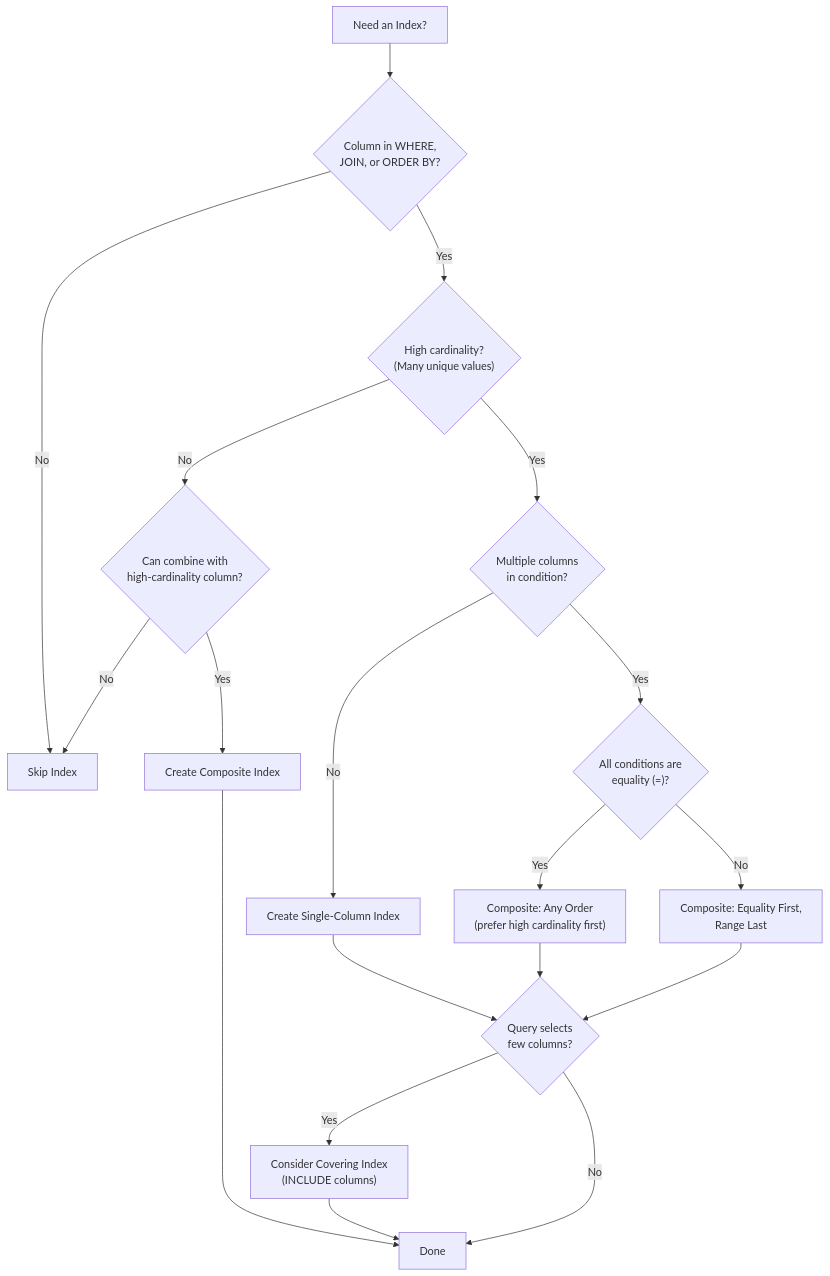
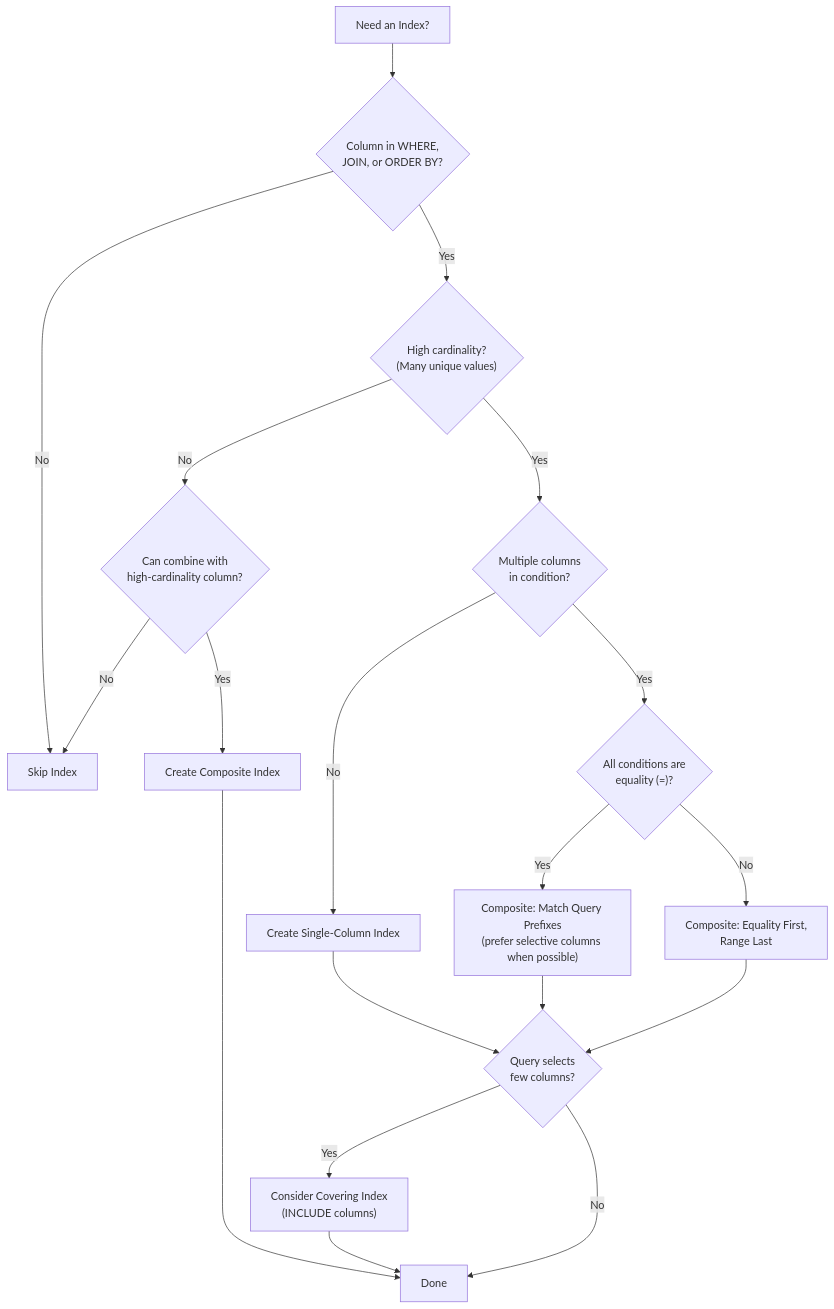
The fifth of 5 diagrams in posts/2026-01-30-btree-index-design/README.md (OneUptime/blog), drawn with Mermaid before and after one commit. The commit also changed other lines of this file and 2 other files, not shown here.

````diff
--- a/posts/2026-01-30-btree-index-design/README.md
+++ b/posts/2026-01-30-btree-index-design/README.md
@@ -455,29 +460,29 @@
 ```mermaid
 flowchart TD
     Start["Need an Index?"] --> Q1{"Column in WHERE,<br/>JOIN, or ORDER BY?"}
 
     Q1 -->|No| Skip["Skip Index"]
     Q1 -->|Yes| Q2{"High cardinality?<br/>(Many unique values)"}
 
     Q2 -->|No| Q3{"Can combine with<br/>high-cardinality column?"}
     Q3 -->|No| Skip
     Q3 -->|Yes| Composite["Create Composite Index"]
 
     Q2 -->|Yes| Q4{"Multiple columns<br/>in condition?"}
 
     Q4 -->|No| Single["Create Single-Column Index"]
     Q4 -->|Yes| Q5{"All conditions are<br/>equality (=)?"}
 
-    Q5 -->|Yes| CompositeEq["Composite: Any Order<br/>(prefer high cardinality first)"]
+    Q5 -->|Yes| CompositeEq["Composite: Match Query Prefixes<br/>(prefer selective columns when possible)"]
     Q5 -->|No| CompositeRange["Composite: Equality First,<br/>Range Last"]
 
     Single --> Q6{"Query selects<br/>few columns?"}
     CompositeEq --> Q6
     CompositeRange --> Q6
 
     Q6 -->|Yes| Covering["Consider Covering Index<br/>(INCLUDE columns)"]
     Q6 -->|No| Done["Done"]
 
     Covering --> Done
     Composite --> Done
 ```
````
